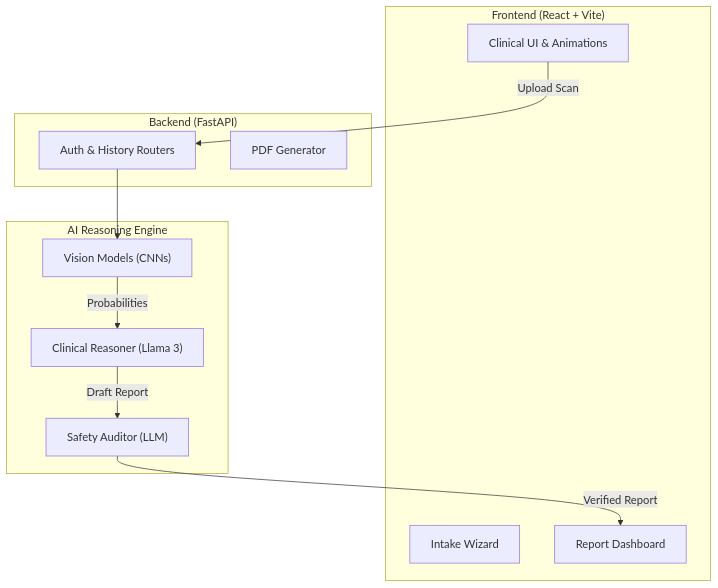
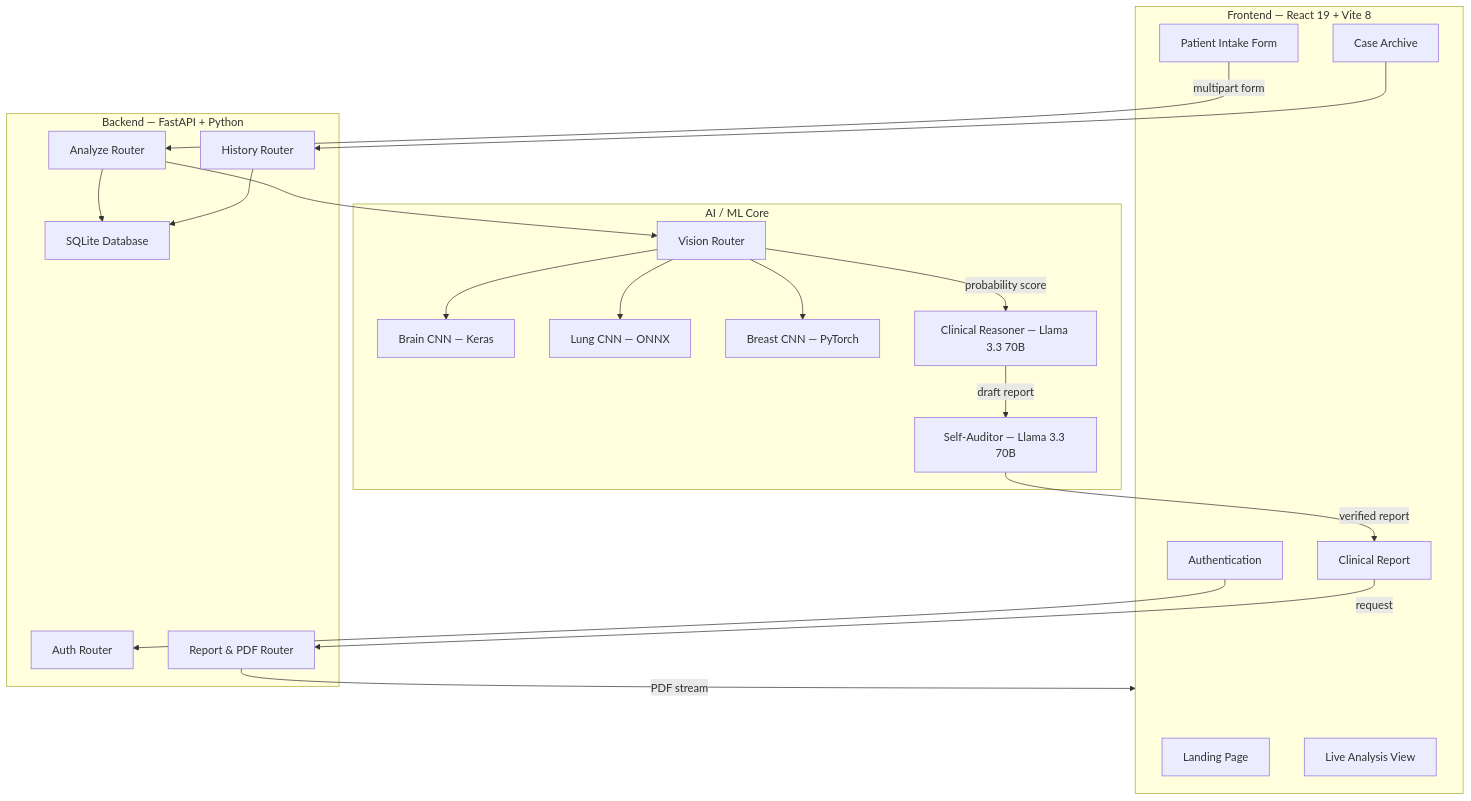
One commit to vishva2410/ONCO-DETECT- changed the second of 3 diagrams in README.md. Above: the diagram before and after it, drawn with Mermaid. The commit also changed other lines of this file, not shown here.

Commit message:
docs: Rewrite README with clean architecture diagrams and detailed documentation

````diff
--- a/README.md
+++ b/README.md
@@ -46,25 +41,43 @@
 ```mermaid
 flowchart TB
-    subgraph Frontend ["Frontend (React + Vite)"]
-        UI["Clinical UI & Animations"]
-        Wizard["Intake Wizard"]
-        ReportViewer["Report Dashboard"]
+    subgraph Client["Frontend — React 19 + Vite 8"]
+        Entrance["Landing Page"]
+        Login["Authentication"]
+        Intake["Patient Intake Form"]
+        Scanner["Live Analysis View"]
+        Report["Clinical Report"]
+        History["Case Archive"]
     end
 
-    subgraph Backend ["Backend (FastAPI)"]
-        Sub1["Auth & History Routers"]
-        Sub2["PDF Generator"]
+    subgraph Server["Backend — FastAPI + Python"]
+        AuthRouter["Auth Router"]
+        AnalyzeRouter["Analyze Router"]
+        ReportRouter["Report & PDF Router"]
+        HistoryRouter["History Router"]
+        DB["SQLite Database"]
     end
 
-    subgraph AI_Core ["AI Reasoning Engine"]
-        Vision["Vision Models (CNNs)"]
-        Reasoner["Clinical Reasoner (Llama 3)"]
-        Auditor["Safety Auditor (LLM)"]
+    subgraph ML["AI / ML Core"]
+        VisionRouter["Vision Router"]
+        BrainModel["Brain CNN — Keras"]
+        LungModel["Lung CNN — ONNX"]
+        BreastModel["Breast CNN — PyTorch"]
+        Reasoner["Clinical Reasoner — Llama 3.3 70B"]
+        Auditor["Self-Auditor — Llama 3.3 70B"]
     end
 
-    UI -->|Upload Scan| Sub1
-    Sub1 --> Vision
-    Vision -->|Probabilities| Reasoner
-    Reasoner -->|Draft Report| Auditor
-    Auditor -->|Verified Report| ReportViewer
+    Intake -->|multipart form| AnalyzeRouter
+    AnalyzeRouter --> VisionRouter
+    VisionRouter --> BrainModel
+    VisionRouter --> LungModel
+    VisionRouter --> BreastModel
+    VisionRouter -->|probability score| Reasoner
+    Reasoner -->|draft report| Auditor
+    Auditor -->|verified report| Report
+    Report -->|request| ReportRouter
+    ReportRouter -->|PDF stream| Client
+    AnalyzeRouter --> DB
+    History --> HistoryRouter
+    HistoryRouter --> DB
+    Login --> AuthRouter
 ```
````
